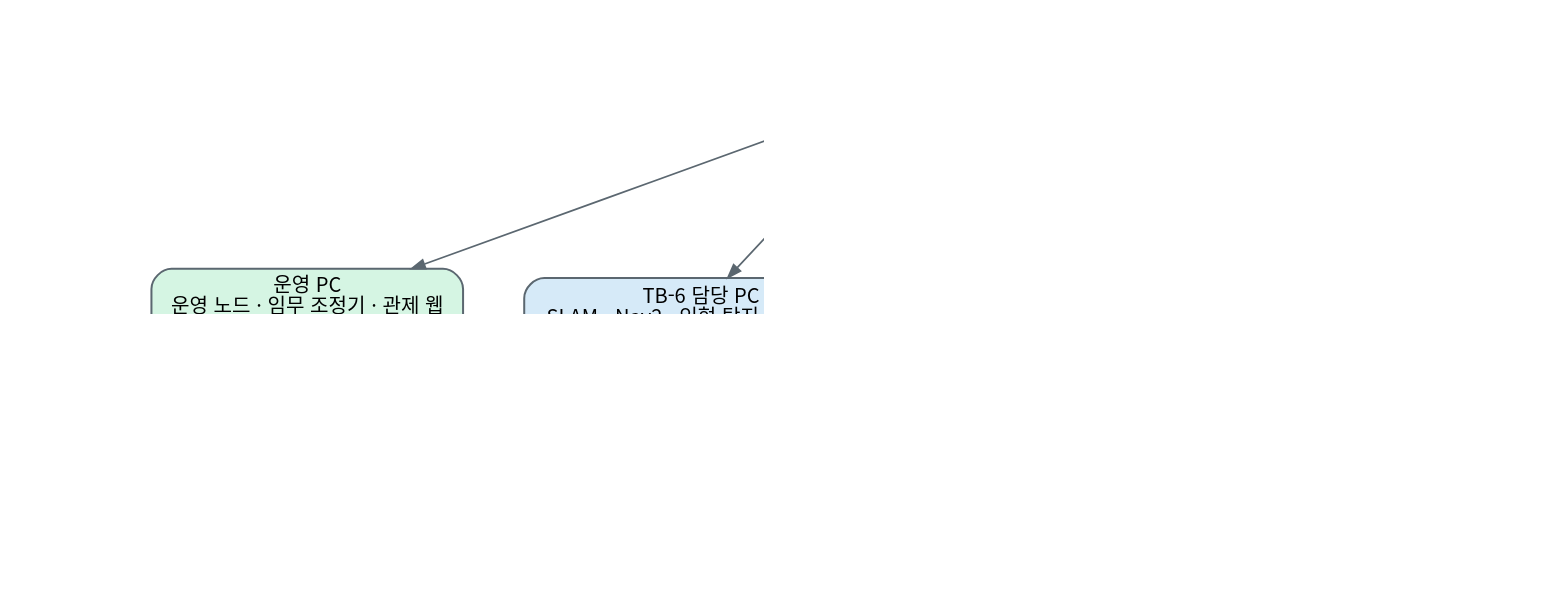
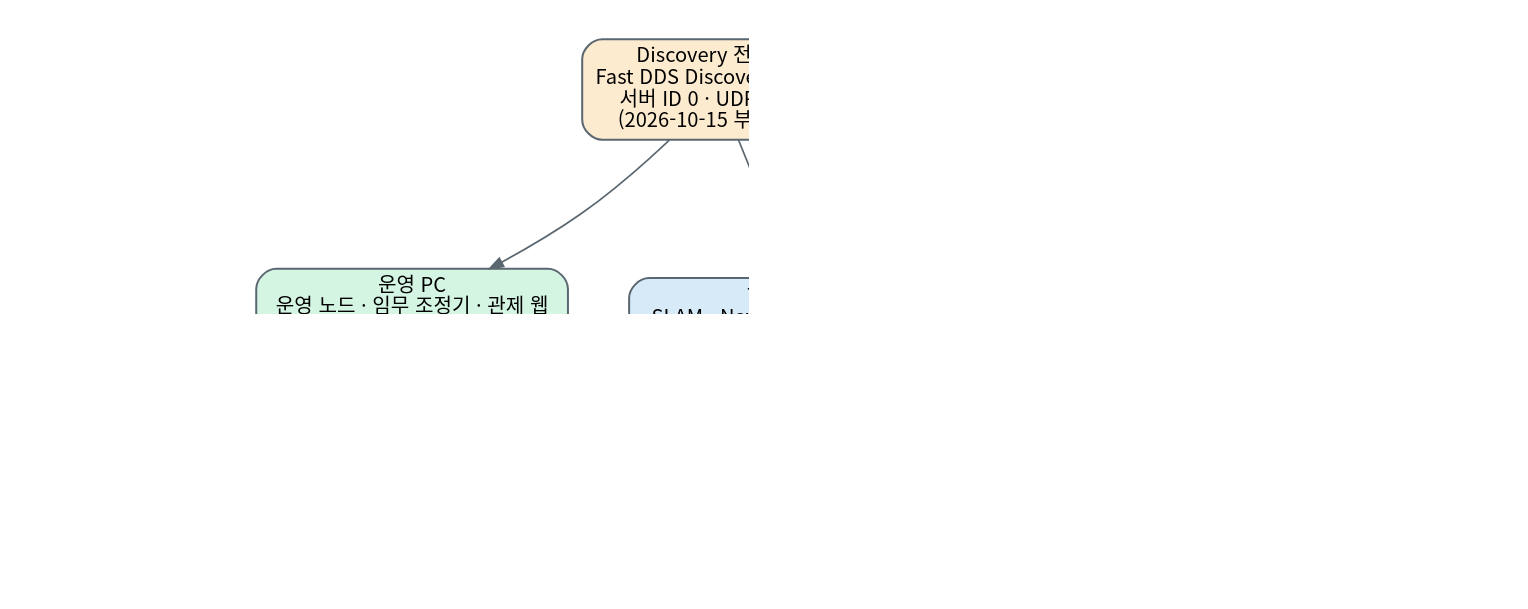
Before and after one commit to mi1nn/ROKEY-7-public: the diagram in tools/diagrams/network.dot, drawn with Graphviz. The commit also changed 4 other files, not shown here.

```diff
--- a/tools/diagrams/network.dot
+++ b/tools/diagrams/network.dot
@@ -1,21 +1,19 @@
 digraph G {
   rankdir=TB; nodesep=0.5; ranksep=0.9; newrank=true;
   graph [fontname="Noto Sans CJK KR", fontsize=14, dpi=150, pad=0.3, bgcolor="white", labelloc=b];
   node [fontname="Noto Sans CJK KR", fontsize=12, shape=box, style="rounded,filled", fillcolor="#F4F6F8", color="#5B6770", penwidth=1.2];
   edge [fontname="Noto Sans CJK KR", fontsize=10, color="#5B6770", arrowsize=0.8];
-  label="모든 장비는 같은 무선망에 있다. 실선: 각 PC 가 ROS_DISCOVERY_SERVER 로 Discovery 서버에 붙는다. 점선: 로봇 토픽이 서버에 보이는 경로는 [미확인].";
+  label="모든 장비는 같은 무선망에 있다. 각 PC 가 ROS_DISCOVERY_SERVER 로 Discovery 서버에 붙고, 로봇 담당 PC 는 자기 로봇과 ROS 토픽을 주고받는다.";
   D [label="Discovery 전용 PC\nFast DDS Discovery Server\n서버 ID 0 · UDP 11811\n(2026-10-15 부터 사용)", fillcolor="#FDEBD0"];
   OPS [label="운영 PC\n운영 노드 · 임무 조정기 · 관제 웹\nUSB 웹캠 DRGO WC720", fillcolor="#D5F5E3"];
   PC6 [label="TB-6 담당 PC\nSLAM · Nav2 · 인형 탐지 · 지도 고정", fillcolor="#D6EAF8"];
   PC5 [label="TB-5 담당 PC\nAMCL · Nav2 · 통로 판정", fillcolor="#D6EAF8"];
   R6 [label="TB-6 (Raspberry Pi 4)\n온보드 Discovery 서버 ID 6\n/robot6"];
   R5 [label="TB-5 (Raspberry Pi 4)\n온보드 Discovery 서버 ID 5\n/robot5"];
   {rank=same; OPS; PC6; PC5;}
   {rank=same; R6; R5;}
   OPS -> D [dir=back, label="  "]; PC6 -> D [dir=back]; PC5 -> D [dir=back];
   D -> OPS [style=invis];
   PC6 -> R6 [dir=both, label="ROS 토픽\n(DDS)"];
   PC5 -> R5 [dir=both, label="ROS 토픽\n(DDS)"];
-  D -> R6 [style=dotted, arrowhead=none];
-  D -> R5 [style=dotted, arrowhead=none];
 }
```
